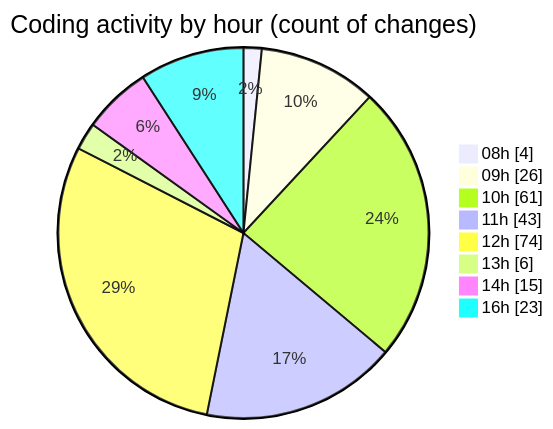
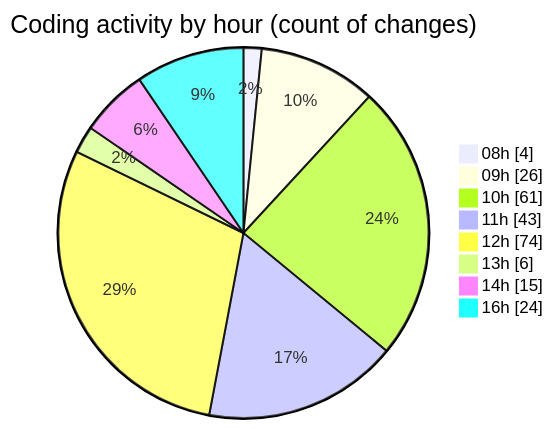
The second of 2 diagrams in 2026-02-19/bot_v1_2/README.md (becaeroporto-bot/code-tracking), drawn with Mermaid before and after one commit. The commit also changed other lines of this file and 1 other file, not shown here.

````diff
--- a/2026-02-19/bot_v1_2/README.md
+++ b/2026-02-19/bot_v1_2/README.md
@@ -37,12 +37,12 @@
 ```mermaid
 pie showData
 title Coding activity by hour (count of changes)
 "08h" : 4
 "09h" : 26
 "10h" : 61
 "11h" : 43
 "12h" : 74
 "13h" : 6
 "14h" : 15
-"16h" : 23
+"16h" : 24
 ```
````
